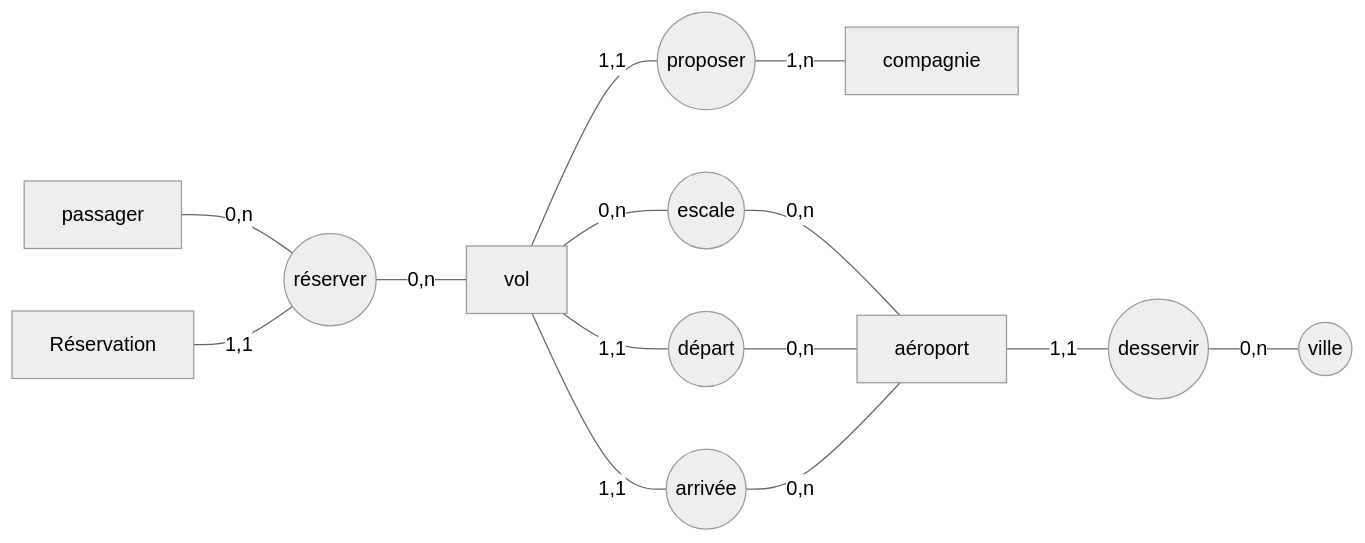
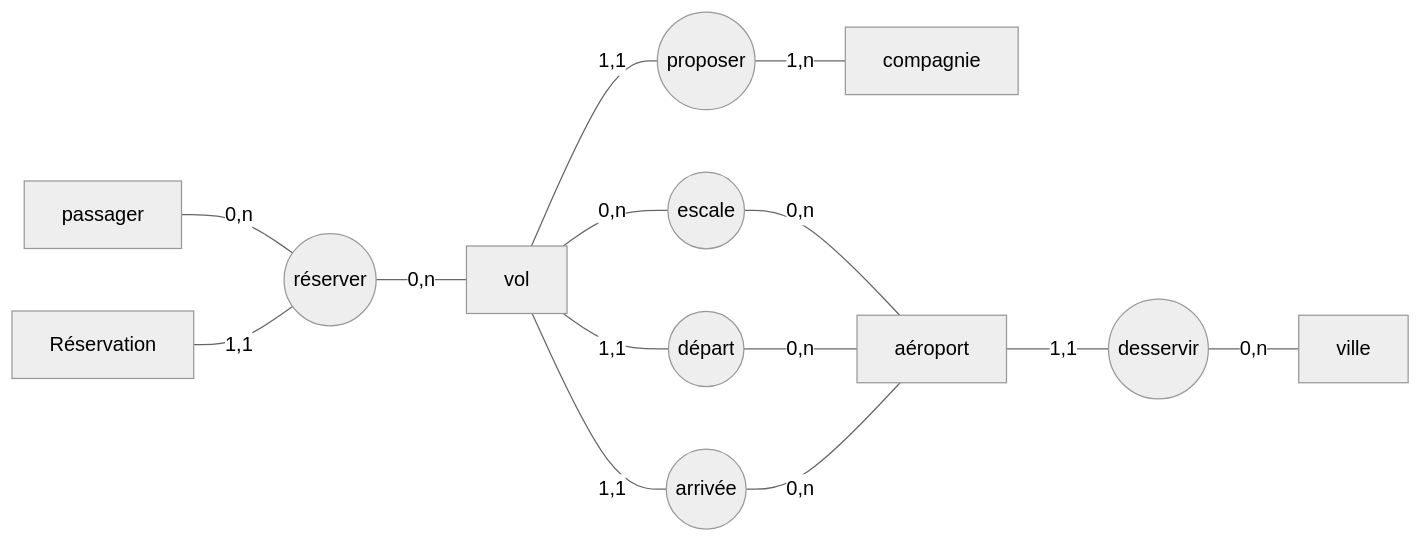
The diagram in travel.md (bedfir/travel), drawn with Mermaid (neutral theme) before and after one commit.

Commit message:
travel md

````diff
--- a/travel.md
+++ b/travel.md
@@ -77,16 +77,16 @@
 ```mermaid
 graph LR
 A[passager] --0,n --- B((réserver))
 B --0,n --- D[vol]
 C[Réservation] --1,1 --- B
 D-- 1,1 ---E((proposer))
 E -- 1,n --- F[compagnie]
 D --1,1--- G((départ))
 D --1,1--- H((arrivée))
 D --0,n--- I((escale))
 I --0,n--- J[aéroport]
 G --0,n--- J
 H --0,n--- J
 J --1,1--- K((desservir))
-K --0,n---L((ville))
+K --0,n---L[ville]
 ```
````
